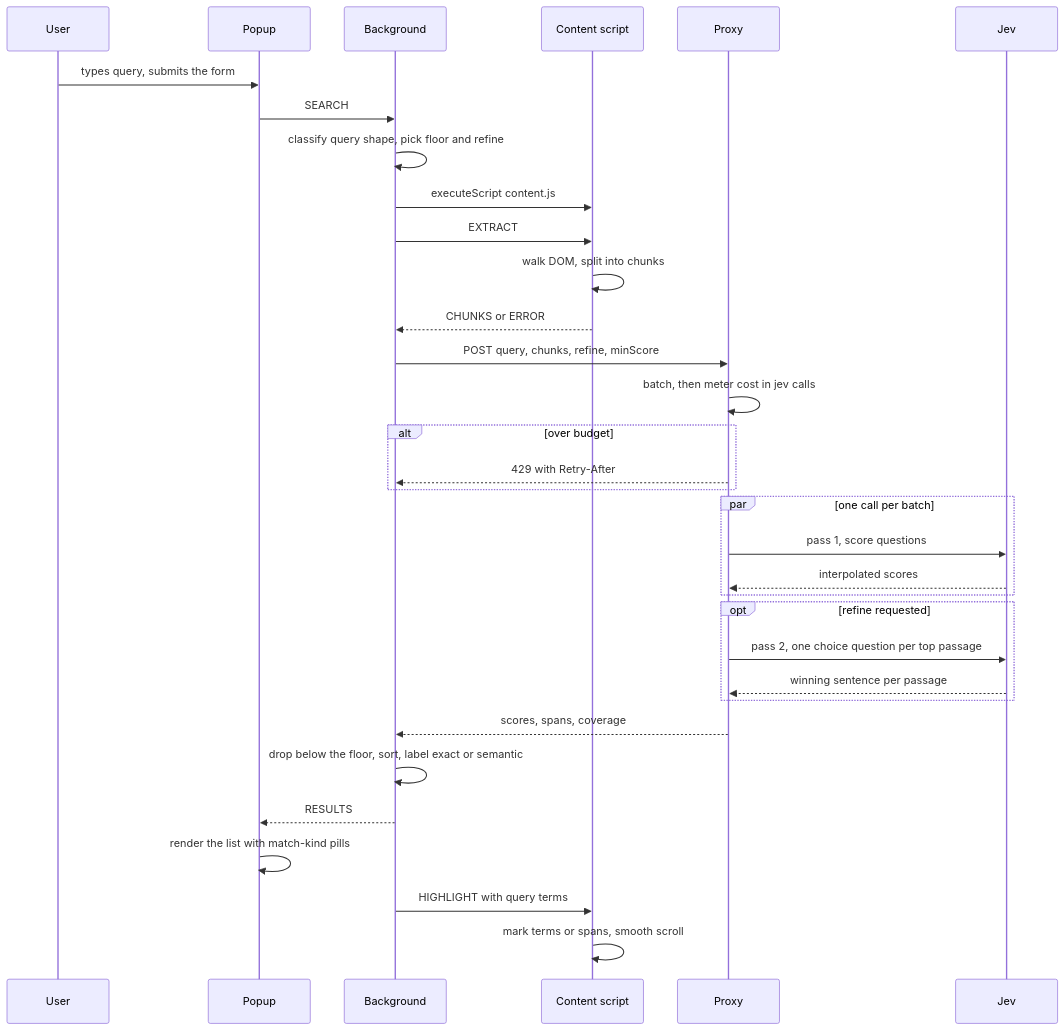
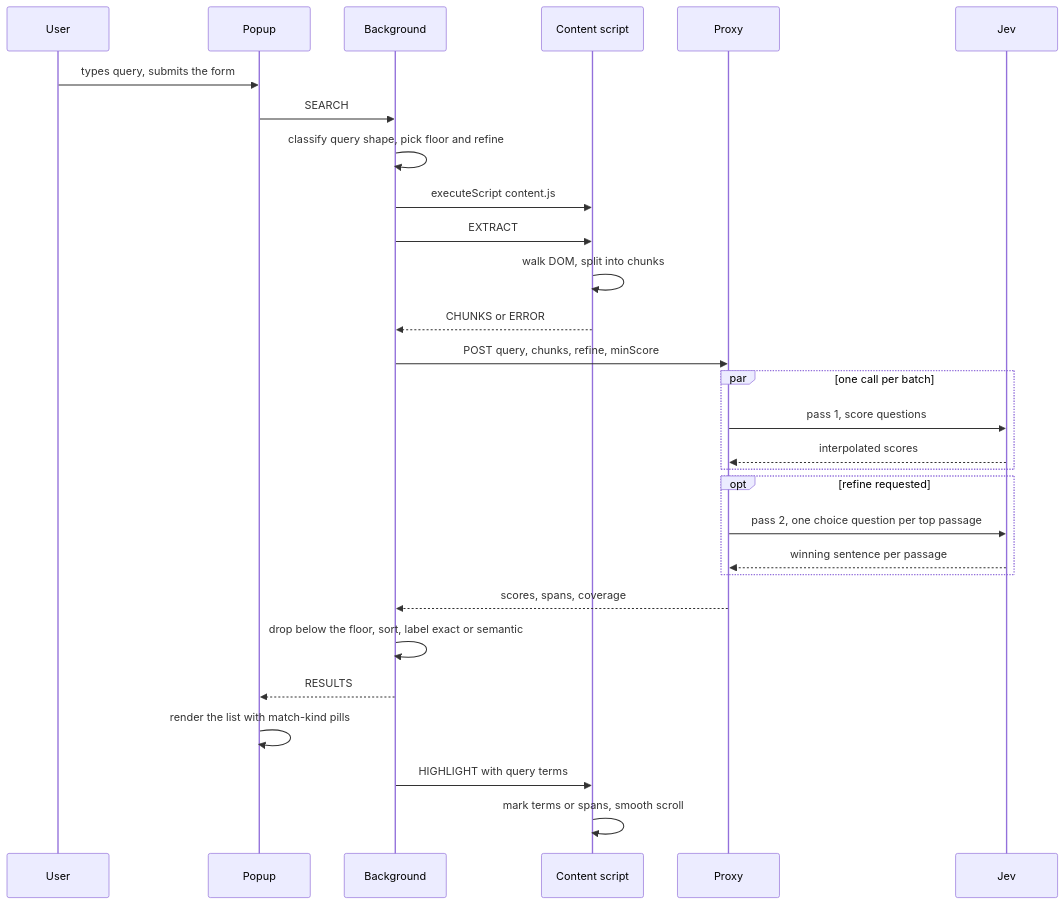
The second of 6 diagrams in docs/ARCHITECTURE.md (smit153/PageLens), drawn with Mermaid before and after one commit. The commit also changed other lines of this file and 4 other files, not shown here.

````diff
--- a/docs/ARCHITECTURE.md
+++ b/docs/ARCHITECTURE.md
@@ -47,36 +43,32 @@
 ```mermaid
 sequenceDiagram
     participant U as User
     participant P as Popup
     participant B as Background
     participant C as Content script
     participant X as Proxy
     participant J as Jev
 
     U->>P: types query, submits the form
     P->>B: SEARCH
     B->>B: classify query shape, pick floor and refine
     B->>C: executeScript content.js
     B->>C: EXTRACT
     C->>C: walk DOM, split into chunks
     C-->>B: CHUNKS or ERROR
     B->>X: POST query, chunks, refine, minScore
-    X->>X: batch, then meter cost in jev calls
-    alt over budget
-        X-->>B: 429 with Retry-After
-    end
     par one call per batch
         X->>J: pass 1, score questions
         J-->>X: interpolated scores
     end
     opt refine requested
         X->>J: pass 2, one choice question per top passage
         J-->>X: winning sentence per passage
     end
     X-->>B: scores, spans, coverage
     B->>B: drop below the floor, sort, label exact or semantic
     B-->>P: RESULTS
     P->>P: render the list with match-kind pills
     B->>C: HIGHLIGHT with query terms
     C->>C: mark terms or spans, smooth scroll
 ```
````
